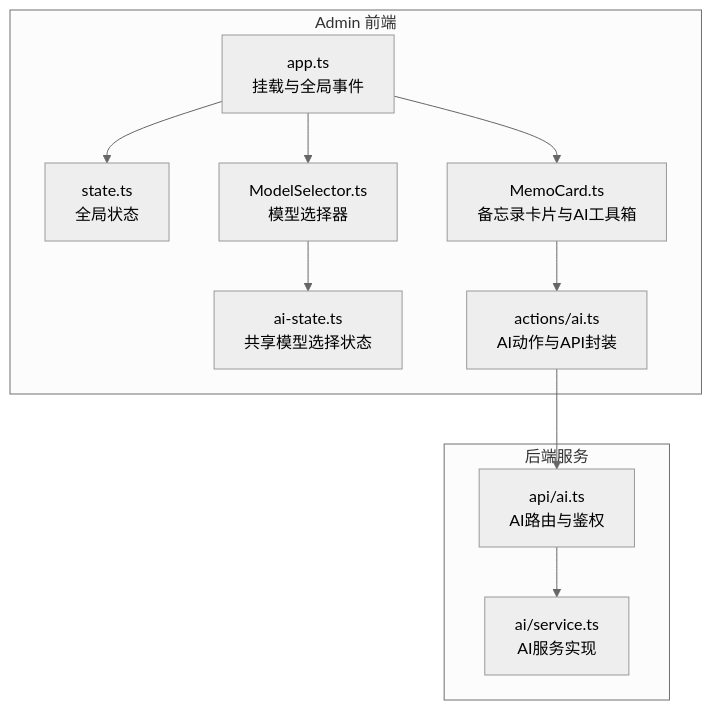
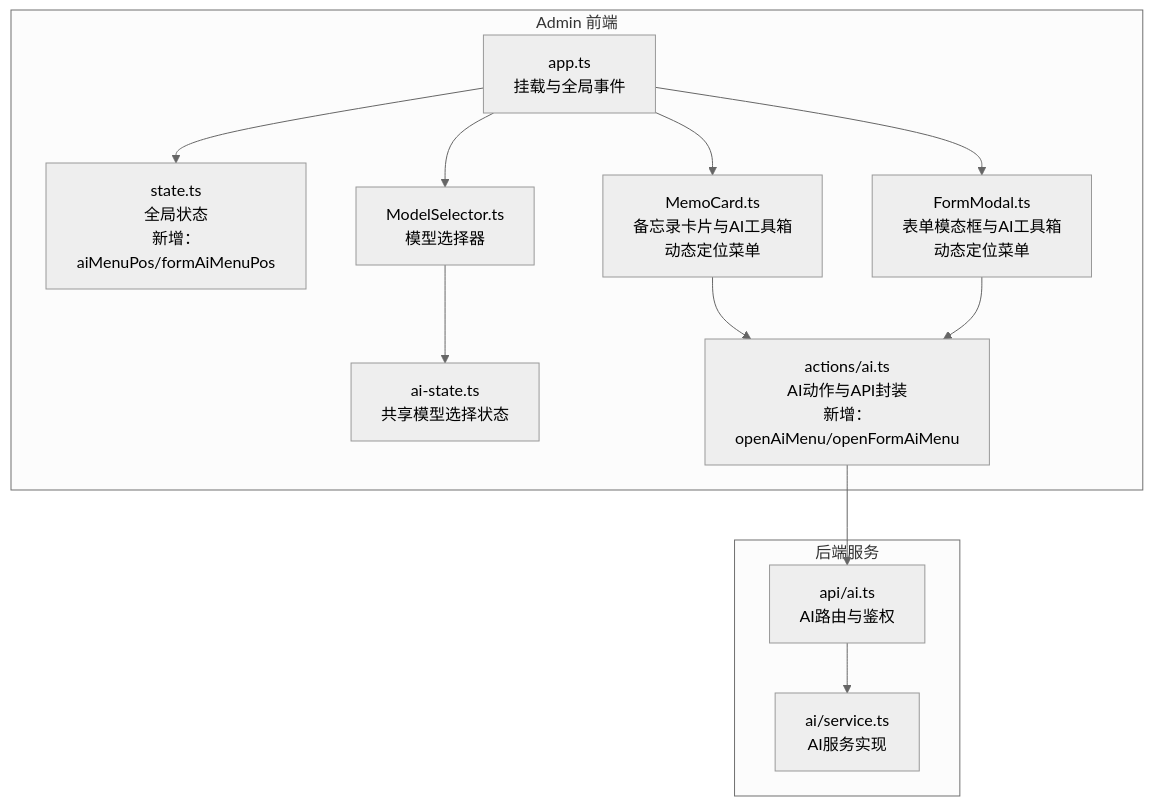
The first of 9 diagrams in .qoder/repowiki/zh/content/前端应用/Admin管理界面/AI工具箱集成.md (BlackBoxRecorder/memos), drawn with Mermaid (neutral theme) before and after one commit. The commit also changed other lines of this file and 30 other files, not shown here.

````diff
--- a/.qoder/repowiki/zh/content/前端应用/Admin管理界面/AI工具箱集成.md
+++ b/.qoder/repowiki/zh/content/前端应用/Admin管理界面/AI工具箱集成.md
@@ -40,22 +51,25 @@
 ```mermaid
 graph TB
 subgraph "Admin 前端"
 APP["app.ts<br/>挂载与全局事件"]
-STATE["state.ts<br/>全局状态"]
+STATE["state.ts<br/>全局状态<br/>新增：aiMenuPos/formAiMenuPos"]
 AI_STATE["ai-state.ts<br/>共享模型选择状态"]
 MODELSEL["ModelSelector.ts<br/>模型选择器"]
-MEMOCARD["MemoCard.ts<br/>备忘录卡片与AI工具箱"]
-AI_ACT["actions/ai.ts<br/>AI动作与API封装"]
+MEMOCARD["MemoCard.ts<br/>备忘录卡片与AI工具箱<br/>动态定位菜单"]
+FORMMODAL["FormModal.ts<br/>表单模态框与AI工具箱<br/>动态定位菜单"]
+AI_ACT["actions/ai.ts<br/>AI动作与API封装<br/>新增：openAiMenu/openFormAiMenu"]
 end
 subgraph "后端服务"
 API_AI["api/ai.ts<br/>AI路由与鉴权"]
 SVC_AI["ai/service.ts<br/>AI服务实现"]
 end
 APP --> STATE
 APP --> MODELSEL
 APP --> MEMOCARD
+APP --> FORMMODAL
 MODELSEL --> AI_STATE
 MEMOCARD --> AI_ACT
+FORMMODAL --> AI_ACT
 AI_ACT --> API_AI
 API_AI --> SVC_AI
 ```
````
